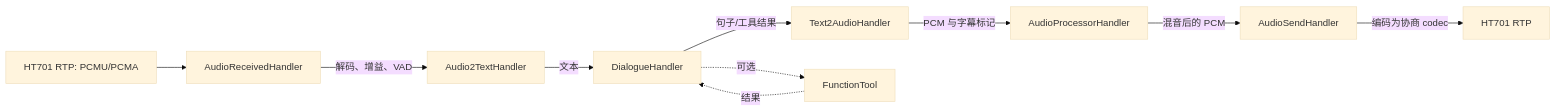
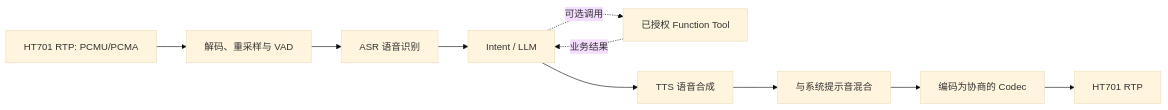
Before and after one commit to mm7h/Agent.Telephone: the second of 3 diagrams in docs/03-系统架构与音频流水线.md, drawn with Mermaid (base theme). The commit also changed other lines of this file and 13 other files, not shown here.

````diff
--- a/docs/03-系统架构与音频流水线.md
+++ b/docs/03-系统架构与音频流水线.md
@@ -54,13 +56,12 @@
 ```mermaid
 flowchart LR
-    A[HT701 RTP: PCMU/PCMA] --> B[AudioReceivedHandler]
-    B -->|解码、增益、VAD| C[Audio2TextHandler]
-    C -->|文本| D[DialogueHandler]
-    D -->|句子/工具结果| E[Text2AudioHandler]
-    E -->|PCM 与字幕标记| F[AudioProcessorHandler]
-    F -->|混音后的 PCM| G[AudioSendHandler]
-    G -->|编码为协商 codec| H[HT701 RTP]
-
-    D -.可选.-> I[FunctionTool]
-    I -.结果.-> D
+    A[HT701 RTP: PCMU/PCMA] --> B[解码、重采样与 VAD]
+    B --> C[ASR 语音识别]
+    C --> D[Intent / LLM]
+    D -.可选调用.-> E[已授权 Function Tool]
+    E -.业务结果.-> D
+    D --> F[TTS 语音合成]
+    F --> G[与系统提示音混合]
+    G --> H[编码为协商的 Codec]
+    H --> I[HT701 RTP]
 ```
````
